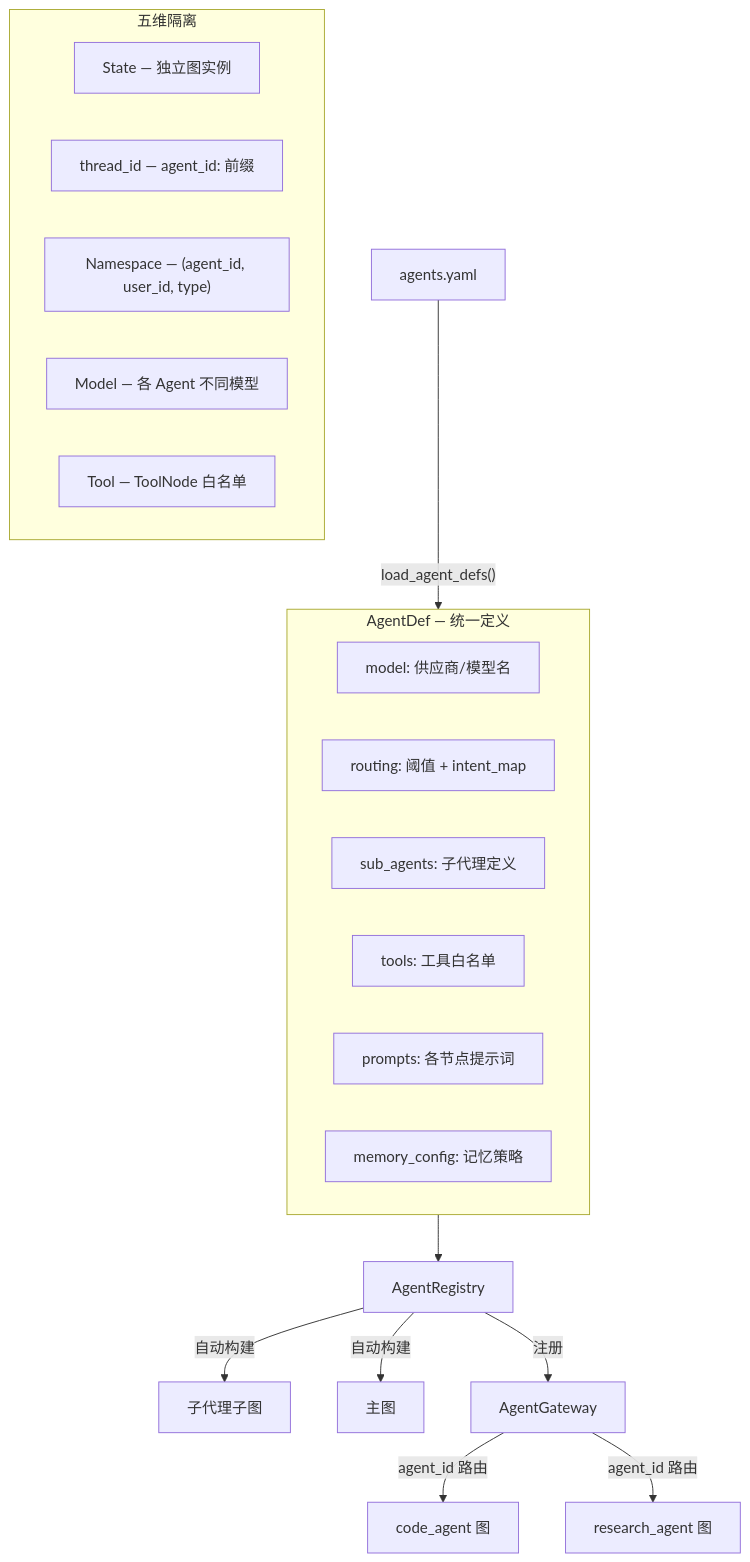
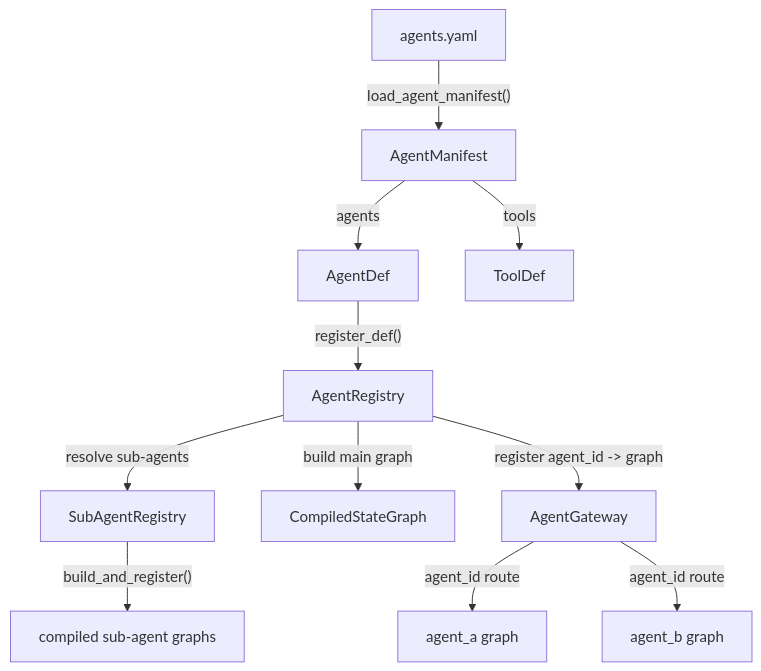
The first of 3 diagrams in doc/modules/multi_agent.md (heelynn/artipivot), drawn with Mermaid before and after one commit. The commit also changed other lines of this file and 64 other files, not shown here.

````diff
--- a/doc/modules/multi_agent.md
+++ b/doc/modules/multi_agent.md
@@ -5,29 +17,16 @@
 ```mermaid
 flowchart TD
-    subgraph AgentDef["AgentDef — 统一定义"]
-        Model["model: 供应商/模型名"]
-        Route["routing: 阈值 + intent_map"]
-        Subs["sub_agents: 子代理定义"]
-        Tools["tools: 工具白名单"]
-        Prompts["prompts: 各节点提示词"]
-        MemCfg["memory_config: 记忆策略"]
-    end
+    YAML["agents.yaml"]
+    YAML -->|"load_agent_manifest()"| Manifest["AgentManifest"]
+    Manifest -->|"agents"| ADef["AgentDef"]
+    Manifest -->|"tools"| TDef["ToolDef"]
 
-    AgentDef --> Registry["AgentRegistry"]
-    Registry --> |"自动构建"| SubGraphs["子代理子图"]
-    Registry --> |"自动构建"| MainGraph["主图"]
-    Registry --> |"注册"| Gateway["AgentGateway"]
+    ADef -->|"register_def()"| Registry["AgentRegistry"]
+    Registry -->|"resolve sub-agents"| SubReg["SubAgentRegistry"]
+    SubReg -->|"build_and_register()"| SubGraphs["compiled sub-agent graphs"]
+    Registry -->|"build main graph"| MainGraph["CompiledStateGraph"]
+    Registry -->|"register agent_id -> graph"| Gateway["AgentGateway"]
 
-    Gateway --> |"agent_id 路由"| GA["code_agent 图"]
-    Gateway --> |"agent_id 路由"| GB["research_agent 图"]
-
-    subgraph Isolation["五维隔离"]
-        S1["State — 独立图实例"]
-        S2["thread_id — agent_id: 前缀"]
-        S3["Namespace — (agent_id, user_id, type)"]
-        S4["Model — 各 Agent 不同模型"]
-        S5["Tool — ToolNode 白名单"]
-    end
-
-    YAML["agents.yaml"] --> |"load_agent_defs()"| AgentDef
+    Gateway -->|"agent_id route"| GA["agent_a graph"]
+    Gateway -->|"agent_id route"| GB["agent_b graph"]
 ```
````
